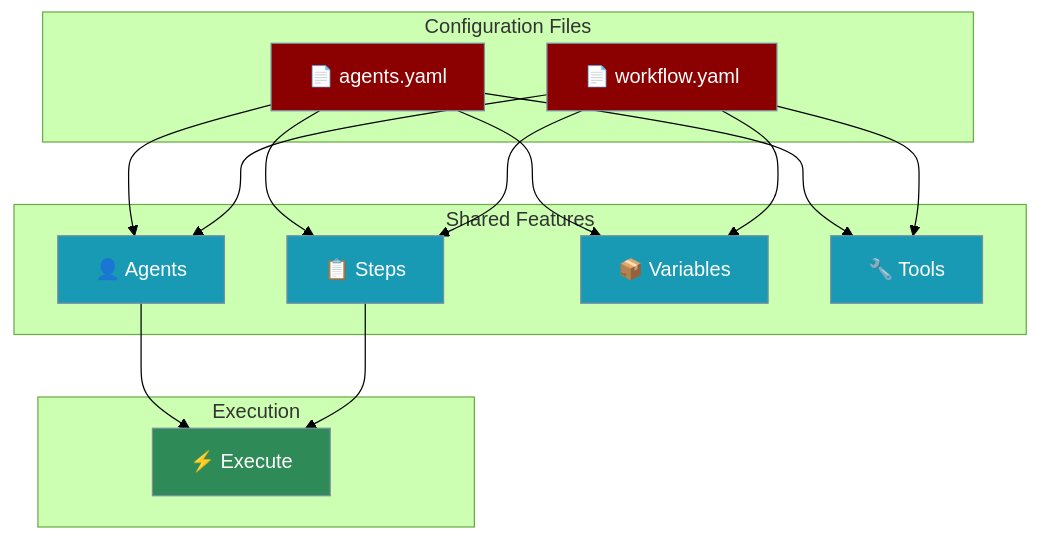
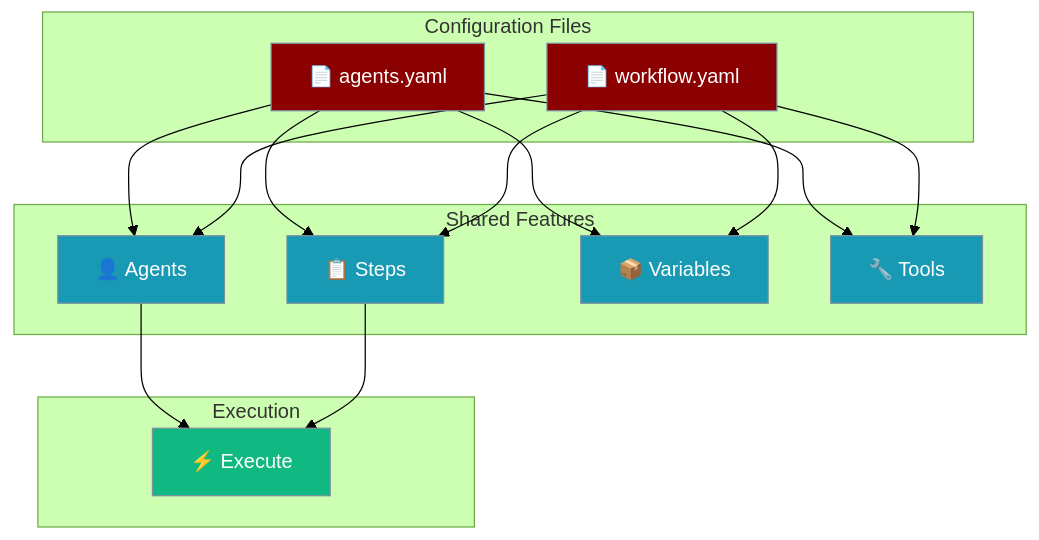
Before and after one commit to MervinPraison/PraisonAIDocs: the first of 4 diagrams in docs/features/yaml-configuration-reference.mdx, drawn with Mermaid (forest theme). The commit also changed other lines of this file and 19 other files, not shown here.

First line of the commit message:
docs: fix remaining style→classDef in secondary diagrams (PR #1384 follow-up)

````diff
--- a/docs/features/yaml-configuration-reference.mdx
+++ b/docs/features/yaml-configuration-reference.mdx
@@ -12,37 +21,36 @@
 ```mermaid
 graph TB
     subgraph "Configuration Files"
         A["📄 agents.yaml"]
         W["📄 workflow.yaml"]
     end
     
     subgraph "Shared Features"
         AG["👤 Agents"]
         ST["📋 Steps"]
         VR["📦 Variables"]
         TL["🔧 Tools"]
     end
     
     subgraph "Execution"
         EX["⚡ Execute"]
     end
     
     A --> AG
     A --> ST
     A --> VR
     A --> TL
     W --> AG
     W --> ST
     W --> VR
     W --> TL
     AG --> EX
     ST --> EX
     
-    style A fill:#8B0000,stroke:#7C90A0,color:#fff
-    style W fill:#8B0000,stroke:#7C90A0,color:#fff
-    style AG fill:#189AB4,stroke:#7C90A0,color:#fff
-    style ST fill:#189AB4,stroke:#7C90A0,color:#fff
-    style VR fill:#189AB4,stroke:#7C90A0,color:#fff
-    style TL fill:#189AB4,stroke:#7C90A0,color:#fff
-    style EX fill:#2E8B57,stroke:#7C90A0,color:#fff
+    classDef config fill:#8B0000,stroke:#7C90A0,color:#fff
+    classDef feature fill:#189AB4,stroke:#7C90A0,color:#fff
+    classDef exec fill:#10B981,stroke:#7C90A0,color:#fff
+    class A,W config
+    class AG,ST,VR,TL feature
+    class EX exec
 ```
````
